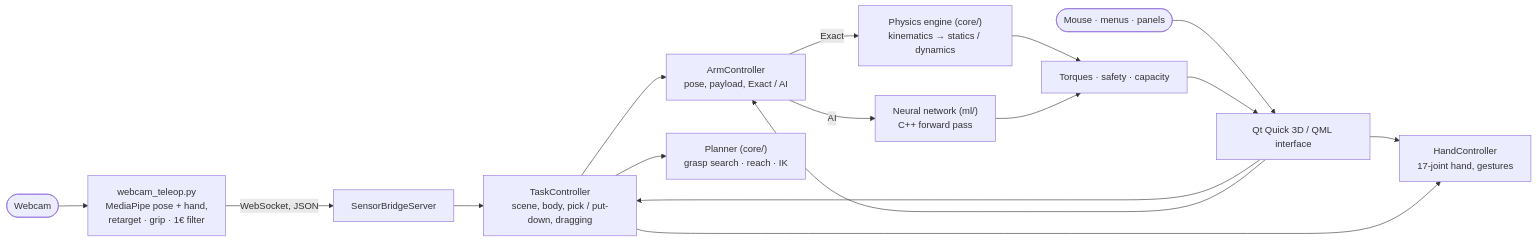
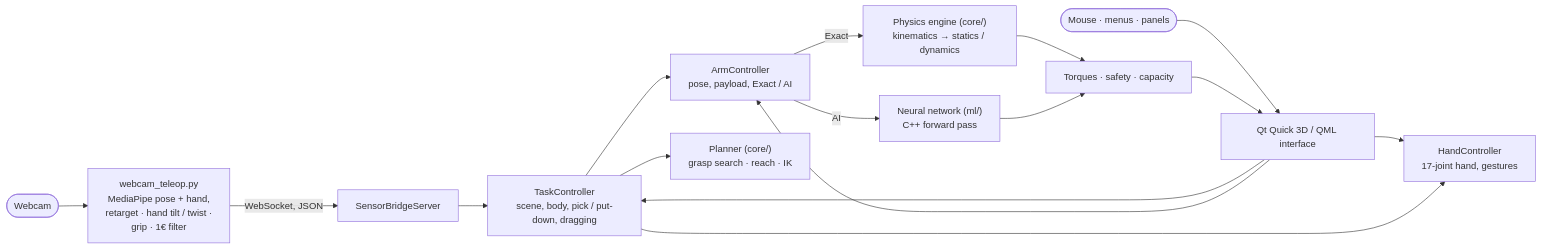
The second of 2 diagrams in README.md (HSley13/robot-arm-analyzer), drawn with Mermaid before and after one commit. The commit also changed other lines of this file, not shown here.

Commit message:
README: current test count, webcam features in the diagram and test notes

````diff
--- a/README.md
+++ b/README.md
@@ -154,18 +154,18 @@
 ```mermaid
 flowchart LR
-    CAM(["Webcam"]) --> MP["webcam_teleop.py<br/>MediaPipe pose + hand,<br/>retarget · grip · 1€ filter"]
+    CAM(["Webcam"]) --> MP["webcam_teleop.py<br/>MediaPipe pose + hand,<br/>retarget · hand tilt / twist ·<br/>grip · 1€ filter"]
     MP -->|"WebSocket, JSON"| BR["SensorBridgeServer"]
     BR --> TC
     U(["Mouse · menus · panels"]) --> UI["Qt Quick 3D / QML interface"]
     UI --> TC["TaskController<br/>scene, body, pick / put-down, dragging"]
     UI --> AC["ArmController<br/>pose, payload, Exact / AI"]
     UI --> HC["HandController<br/>17-joint hand, gestures"]
     TC --> PLAN["Planner (core/)<br/>grasp search · reach · IK"]
     TC --> AC
     TC --> HC
     AC -->|Exact| PHYS["Physics engine (core/)<br/>kinematics → statics / dynamics"]
     AC -->|AI| NN["Neural network (ml/)<br/>C++ forward pass"]
     PHYS --> RES["Torques · safety · capacity"]
     NN --> RES
     RES --> UI
 ```
````
